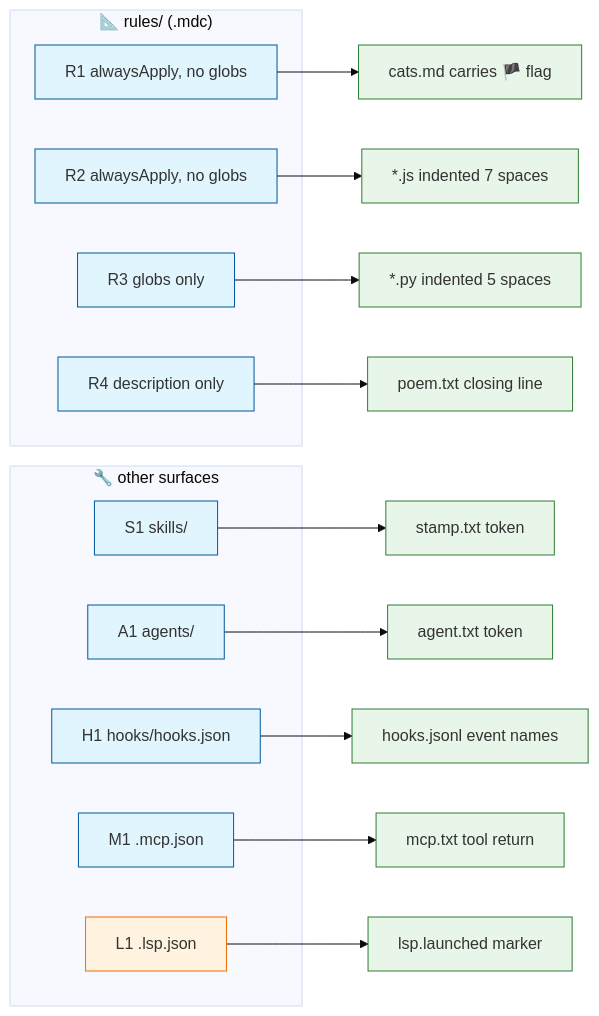
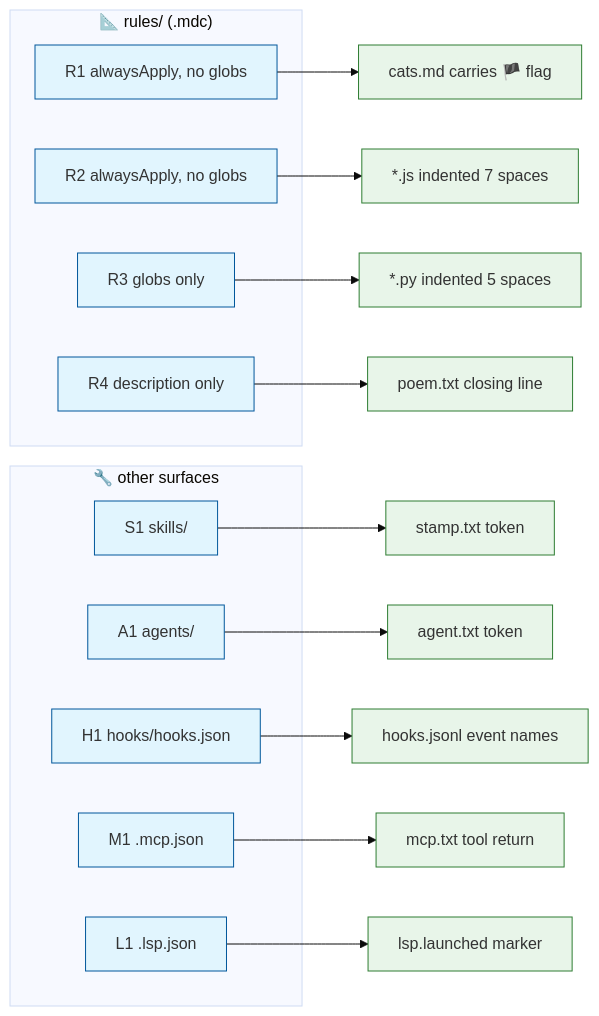
One commit to Texarkanine/open-plugins-surface-test changed the first of 3 diagrams in DESIGN.md. Above: the diagram before and after it, drawn with Mermaid (base theme). The commit also changed other lines of this file and 8 other files, not shown here.

````diff
--- a/DESIGN.md
+++ b/DESIGN.md
@@ -25,32 +25,31 @@
 ```mermaid
 graph LR
     classDef comp fill:#e1f5fe,stroke:#01579b;
     classDef probe fill:#f3e5f5,stroke:#7b1fa2;
     classDef art fill:#e8f5e9,stroke:#2e7d32;
-    classDef open fill:#fff3e0,stroke:#ef6c00;
 
     subgraph Rules["📐 rules/ (.mdc)"]
         R1["R1 alwaysApply, no globs"]:::comp
         R2["R2 alwaysApply, no globs"]:::comp
         R3["R3 globs only"]:::comp
         R4["R4 description only"]:::comp
     end
 
     subgraph Other["🔧 other surfaces"]
         S1["S1 skills/"]:::comp
         A1["A1 agents/"]:::comp
         H1["H1 hooks/hooks.json"]:::comp
         M1["M1 .mcp.json"]:::comp
-        L1["L1 .lsp.json"]:::open
+        L1["L1 .lsp.json"]:::comp
     end
 
     R1 --> ART1["cats.md carries 🏴 flag"]:::art
     R2 --> ART2["*.js indented 7 spaces"]:::art
     R3 --> ART3["*.py indented 5 spaces"]:::art
     R4 --> ART4["poem.txt closing line"]:::art
     S1 --> ART5["stamp.txt token"]:::art
     A1 --> ART6["agent.txt token"]:::art
     H1 --> ART7["hooks.jsonl event names"]:::art
     M1 --> ART8["mcp.txt tool return"]:::art
     L1 --> ART9["lsp.launched marker"]:::art
 ```
````
